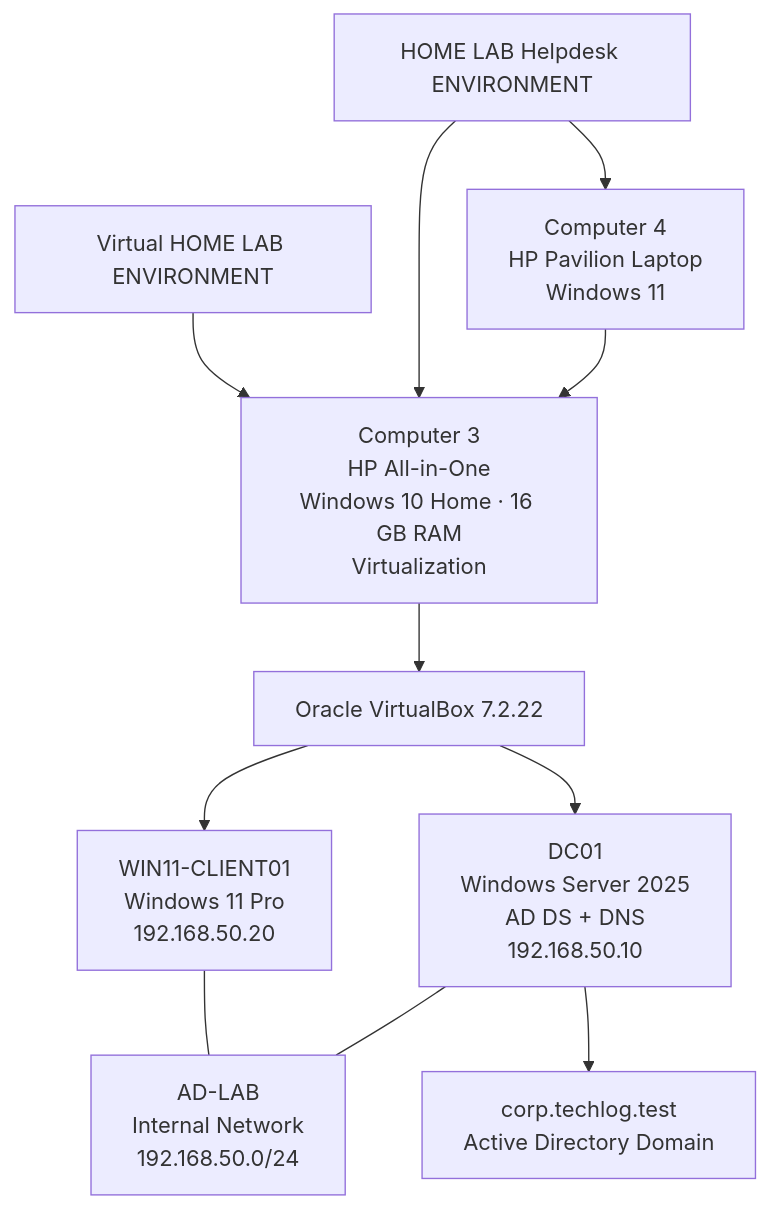
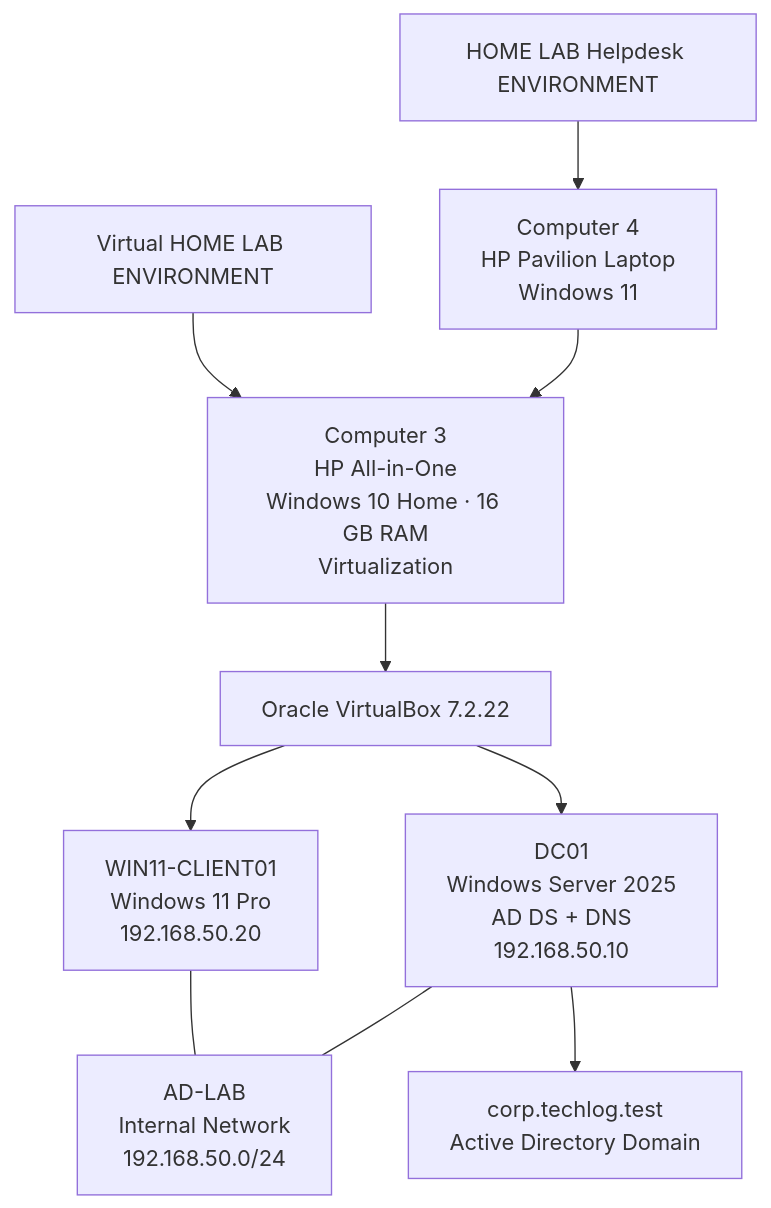
One commit to aang81a/my-it-support-portfolio changed the second of 2 diagrams in PROJECTS/01-lab-environment/lab-environment-overview.md. Above: the diagram before and after it, drawn with Mermaid.

````diff
--- a/PROJECTS/01-lab-environment/lab-environment-overview.md
+++ b/PROJECTS/01-lab-environment/lab-environment-overview.md
@@ -47,26 +47,25 @@
 ```mermaid
 flowchart TB
     HOME["Virtual HOME LAB ENVIRONMENT"]
     TITLE["HOME LAB Helpdesk ENVIRONMENT"]
 
     C3["Computer 3<br/>HP All-in-One<br/>Windows 10 Home · 16 GB RAM<br/>Virtualization"]
     C4["Computer 4<br/>HP Pavilion Laptop<br/>Windows 11"]
 
     VB["Oracle VirtualBox 7.2.22"]
     CLIENT["WIN11-CLIENT01<br/>Windows 11 Pro<br/>192.168.50.20"]
     SERVER["DC01<br/>Windows Server 2025<br/>AD DS + DNS<br/>192.168.50.10"]
     NETWORK["AD-LAB<br/>Internal Network<br/>192.168.50.0/24"]
     DOMAIN["corp.techlog.test<br/>Active Directory Domain"]
 
     HOME --> C3
     TITLE --> C4
-    TITLE --> C3
     C4 --> C3
 
     C3 --> VB
     VB --> CLIENT
     VB --> SERVER
     CLIENT --- NETWORK
     SERVER --- NETWORK
     SERVER --> DOMAIN
 ```
````
